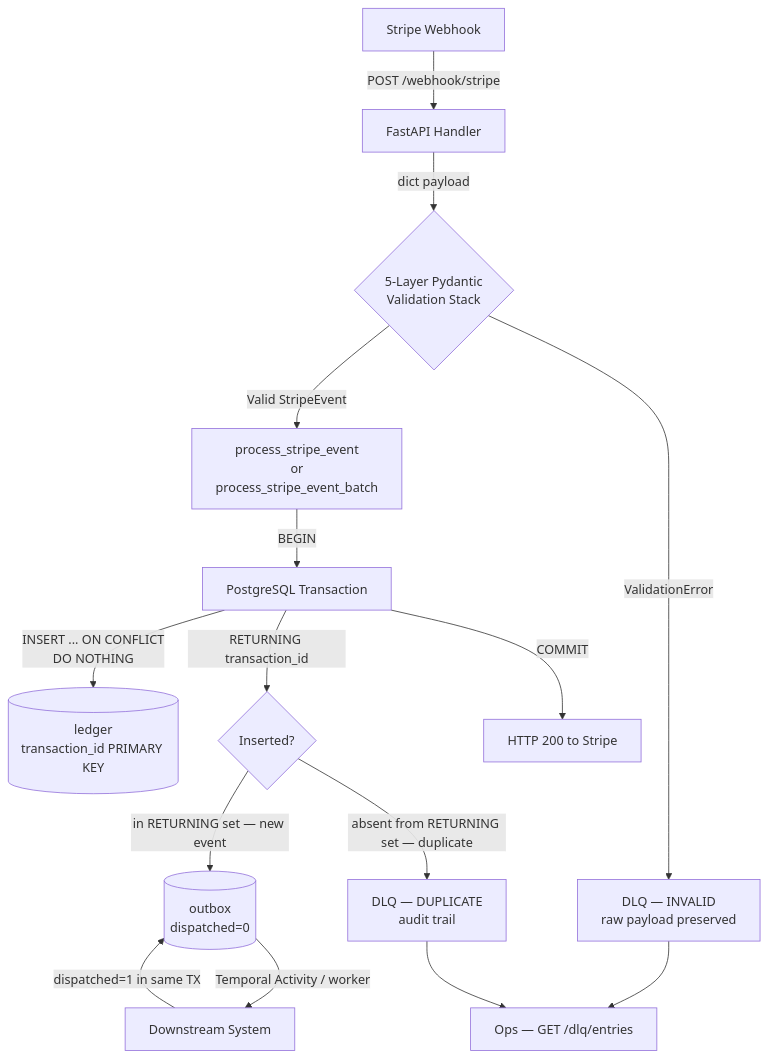
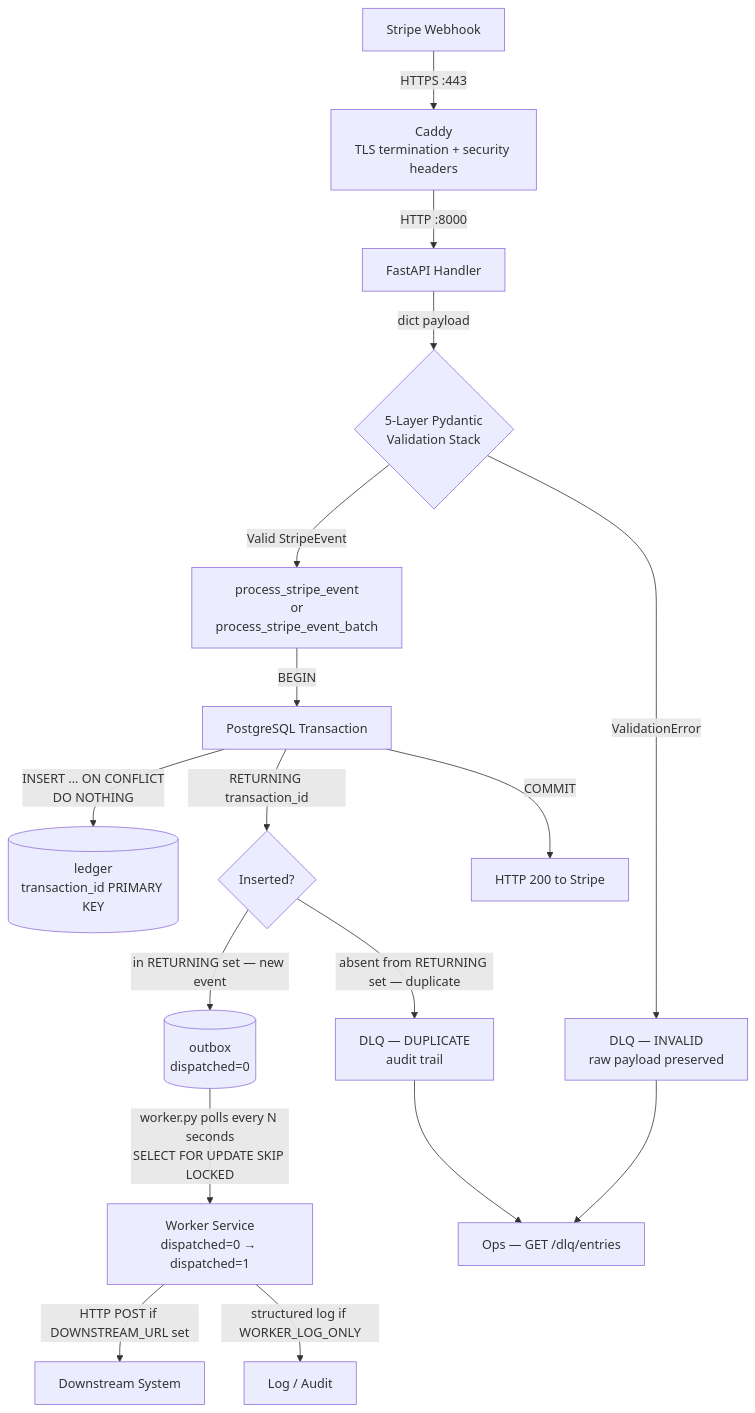
Before and after one commit to DDRG15/micro-billing-ledger-poc: the diagram in README.md, drawn with Mermaid. The commit also changed other lines of this file, not shown here.

Commit message:
docs: README hardening — outbox worker, infrastructure resilience, test isolation, DLQ ops, secrets/HTTPS

````diff
--- a/README.md
+++ b/README.md
@@ -88,23 +94,25 @@
 ```mermaid
 flowchart TD
-    S[Stripe Webhook] -->|POST /webhook/stripe| H[FastAPI Handler]
+    S[Stripe Webhook] -->|HTTPS :443| CA[Caddy\nTLS termination + security headers]
+    CA -->|HTTP :8000| H[FastAPI Handler]
     H -->|dict payload| V{5-Layer Pydantic\nValidation Stack}
 
     V -->|ValidationError| DI[DLQ — INVALID\nraw payload preserved]
     V -->|Valid StripeEvent| P[process_stripe_event\nor\nprocess_stripe_event_batch]
 
     P -->|BEGIN| TX[PostgreSQL Transaction]
     TX -->|INSERT ... ON CONFLICT\nDO NOTHING| L[(ledger\ntransaction_id PRIMARY KEY)]
     TX -->|RETURNING transaction_id| R{Inserted?}
 
     R -->|in RETURNING set — new event| O[(outbox\ndispatched=0)]
     R -->|absent from RETURNING set — duplicate| DD[DLQ — DUPLICATE\naudit trail]
 
     TX -->|COMMIT| C[HTTP 200 to Stripe]
 
-    O -->|Temporal Activity / worker| DS[Downstream System]
-    DS -->|dispatched=1 in same TX| O
+    O -->|worker.py polls every N seconds\nSELECT FOR UPDATE SKIP LOCKED| W[Worker Service\ndispatched=0 → dispatched=1]
+    W -->|HTTP POST if DOWNSTREAM_URL set| DS[Downstream System]
+    W -->|structured log if WORKER_LOG_ONLY| LOG[Log / Audit]
 
     DI --> OPS[Ops — GET /dlq/entries]
     DD --> OPS
 ```
````
